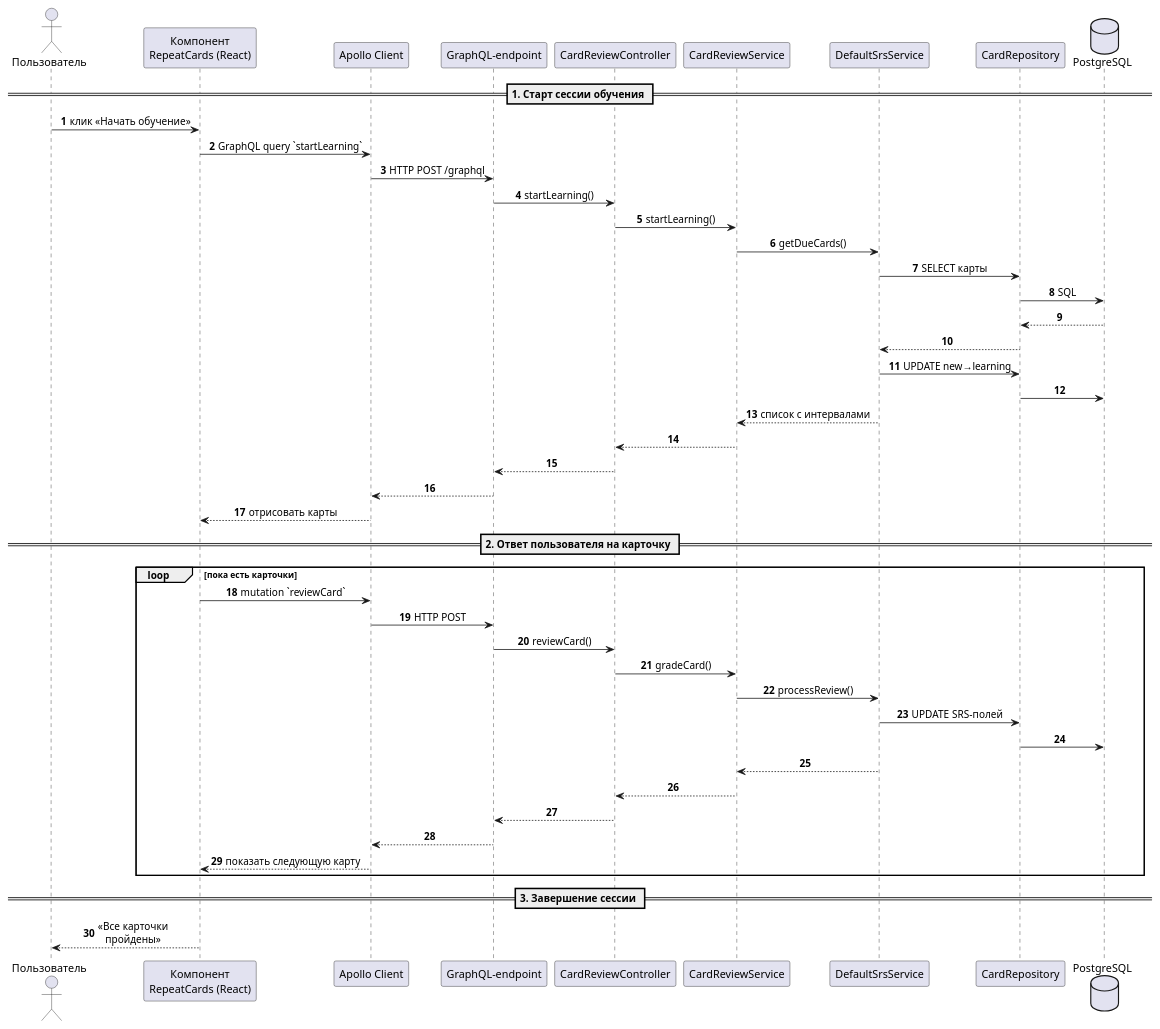
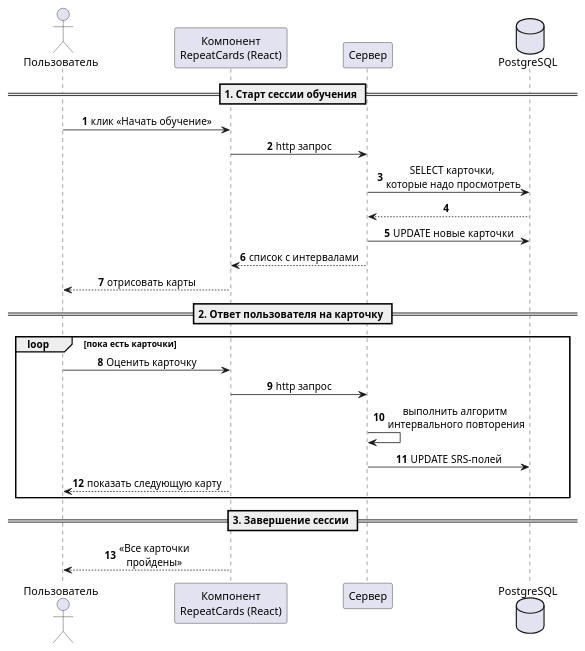
The seventh of 7 diagrams in flashcards/dgrm.puml (darik-cell/diplom), drawn with PlantUML before and after one commit. The commit also changed 12 other files, not shown here.

```diff
--- a/flashcards/dgrm.puml
+++ b/flashcards/dgrm.puml
@@ -191,53 +191,31 @@
 @startuml
 ' ========== SEQUENCE: Режим обучения ==========
 autonumber
 skinparam sequenceMessageAlign center
 
 actor  Пользователь as User
-participant "Компонент\nRepeatCards (React)"    as React
-participant "Apollo Client"                     as Apollo
-participant "GraphQL‑endpoint"      as GQL
-participant "CardReviewController"              as Ctrl
-participant "CardReviewService"                 as Service
-participant "DefaultSrsService"                 as Srs
-participant "CardRepository"                    as Repo
-database   "PostgreSQL"                         as DB
+participant "Компонент\nRepeatCards (React)"    as react
+participant "Сервер"              as serv
+database   "PostgreSQL"                         as db
 
 == 1. Старт сессии обучения ==
-User   -> React  : клик «Начать обучение»
-React  -> Apollo : GraphQL query `startLearning`
-Apollo -> GQL    : HTTP POST /graphql
-GQL    -> Ctrl   : startLearning()
-Ctrl   -> Service: startLearning()
-Service-> Srs    : getDueCards()
-Srs    -> Repo   : SELECT карты
-Repo   -> DB     : SQL
-DB     --> Repo
-Repo   --> Srs
-Srs    -> Repo   : UPDATE new→learning
-Repo   -> DB
-Srs    --> Service : список с интервалами
-Service --> Ctrl
-Ctrl   --> GQL
-GQL    --> Apollo
-Apollo --> React  : отрисовать карты
+User   -> react  : клик «Начать обучение»
+react  -> serv : http запрос
+serv    -> db   : SELECT карточки, \nкоторые надо просмотреть
+db     --> serv
+serv -> db : UPDATE новые карточки
+serv    --> react : список с интервалами
+react --> User  : отрисовать карты
 
 == 2. Ответ пользователя на карточку ==
 loop пока есть карточки
-  React  -> Apollo : mutation `reviewCard`
-  Apollo -> GQL    : HTTP POST
-  GQL    -> Ctrl   : reviewCard()
-  Ctrl   -> Service: gradeCard()
-  Service-> Srs    : processReview()
-  Srs    -> Repo   : UPDATE SRS‑полей
-  Repo   -> DB
-  Srs    --> Service
-  Service --> Ctrl
-  Ctrl   --> GQL
-  GQL    --> Apollo
-  Apollo --> React : показать следующую карту
+  User -> react : Оценить карточку
+  react  -> serv : http запрос
+  serv -> serv : выполнить алгоритм \nинтервального повторения
+  serv    -> db   : UPDATE SRS‑полей
+  react --> User : показать следующую карту
 end
 
 == 3. Завершение сессии ==
-React --> User : «Все карточки\nпройдены»
+react --> User : «Все карточки\nпройдены»
 @enduml
```
